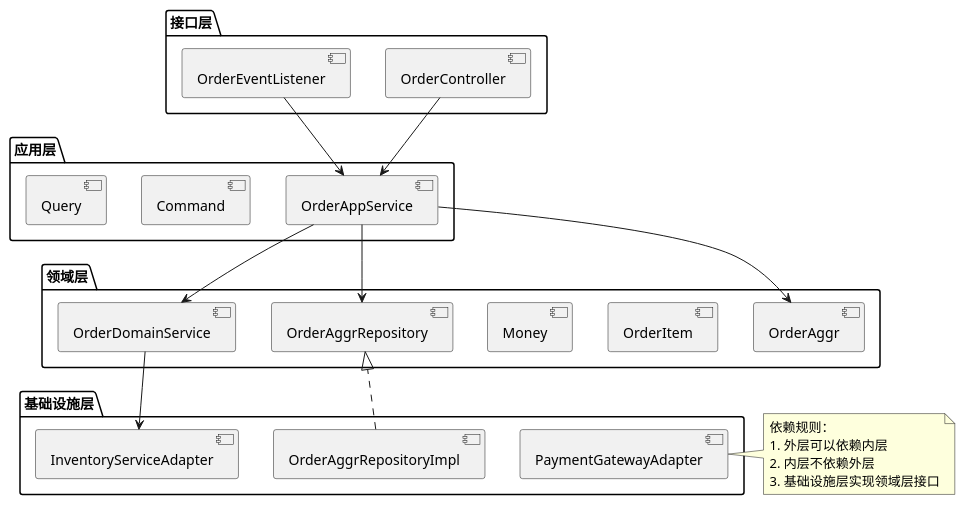
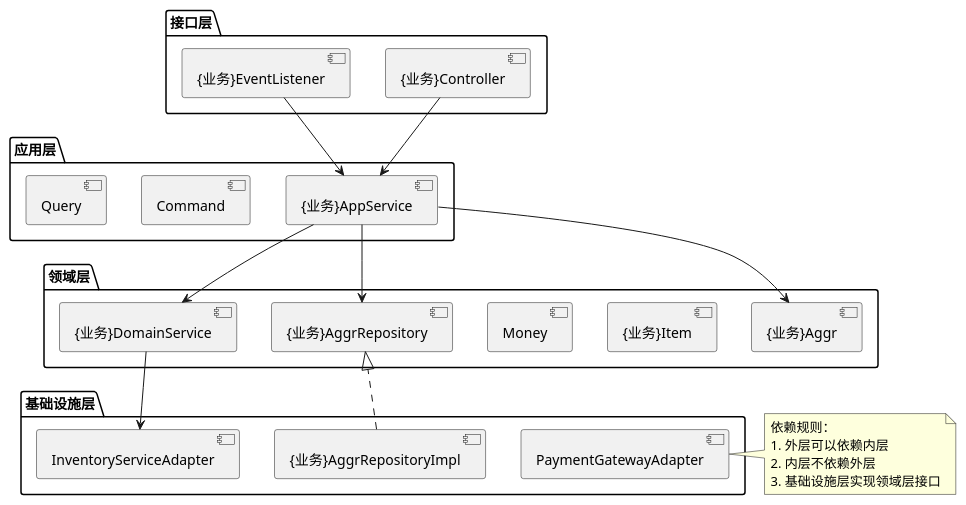
One commit to LeoNardo-LB/web-quick-start-domain changed the third of 14 diagrams in README.md. Above: the diagram before and after it, drawn with PlantUML. The commit also changed other lines of this file and 8 other files, not shown here.

````diff
--- a/README.md
+++ b/README.md
@@ -409,46 +409,46 @@
 ```plantuml
 @startuml 依赖关系图
 
 package "接口层" {
-  [OrderController]
-  [OrderEventListener]
+  [{业务}Controller]
+  [{业务}EventListener]
 }
 
 package "应用层" {
-  [OrderAppService]
+  [{业务}AppService]
   [Command]
   [Query]
 }
 
 package "领域层" {
-  [OrderAggr]
-  [OrderItem]
+  [{业务}Aggr]
+  [{业务}Item]
   [Money]
-  [OrderAggrRepository]
-  [OrderDomainService]
+  [{业务}AggrRepository]
+  [{业务}DomainService]
 }
 
 package "基础设施层" {
-  [OrderAggrRepositoryImpl]
+  [{业务}AggrRepositoryImpl]
   [InventoryServiceAdapter]
   [PaymentGatewayAdapter]
 }
 
 ' 依赖关系
-[OrderController] --> [OrderAppService]
-[OrderEventListener] --> [OrderAppService]
-[OrderAppService] --> [OrderAggr]
-[OrderAppService] --> [OrderAggrRepository]
-[OrderAppService] --> [OrderDomainService]
-[OrderAggrRepositoryImpl] ..|> [OrderAggrRepository]
-[OrderDomainService] --> [InventoryServiceAdapter]
+[{业务}Controller] --> [{业务}AppService]
+[{业务}EventListener] --> [{业务}AppService]
+[{业务}AppService] --> [{业务}Aggr]
+[{业务}AppService] --> [{业务}AggrRepository]
+[{业务}AppService] --> [{业务}DomainService]
+[{业务}AggrRepositoryImpl] ..|> [{业务}AggrRepository]
+[{业务}DomainService] --> [InventoryServiceAdapter]
 
 note right
   依赖规则：
   1. 外层可以依赖内层
   2. 内层不依赖外层
   3. 基础设施层实现领域层接口
 end note
 
 @enduml
 ```
````
